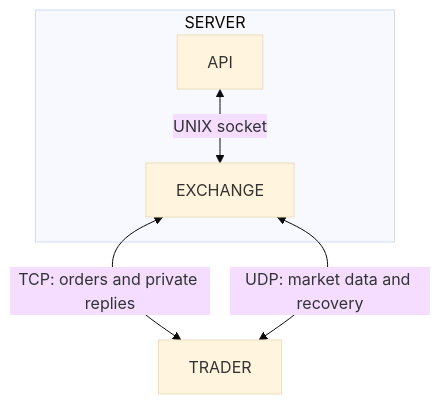
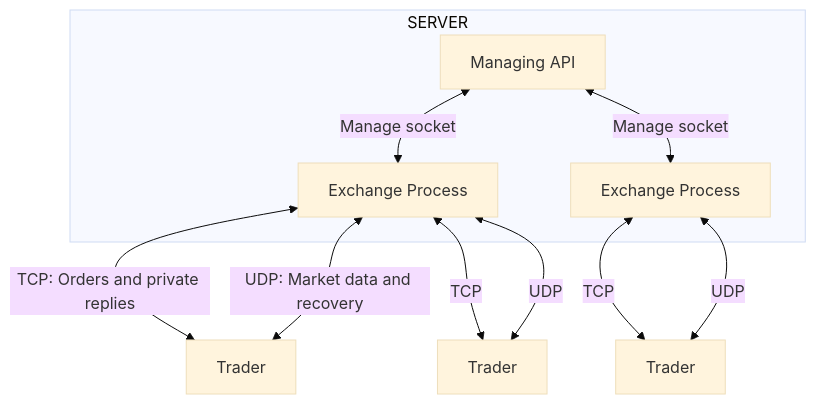
Before and after one commit to JediNakDev/exchange-sim: the diagram in README.md, drawn with Mermaid (base theme). The commit also changed other lines of this file and 1 other file, not shown here.

````diff
--- a/README.md
+++ b/README.md
@@ -5,9 +5,14 @@
 ```mermaid
 flowchart TD
   subgraph SERVER
-    API <-->|"UNIX socket"| EXCHANGE
+    API[Managing API] <-->|"Manage socket"| EX1[Exchange Process]
+    API <-->|"Manage socket"| EX2[Exchange Process]
   end
 
-  EXCHANGE <-->|"TCP: orders and private replies"| TRADER
-  EXCHANGE <-->|"UDP: market data and recovery"| TRADER
+  EX1 <-->|"TCP: Orders and private replies"| TD1[Trader]
+  EX1 <-->|"UDP: Market data and recovery"| TD1[Trader]
+  EX1 <-->|"TCP"| TD2[Trader]
+  EX1 <-->|"UDP"| TD2[Trader]
+  EX2 <-->|"TCP"| TD3[Trader]
+  EX2 <-->|"UDP"| TD3[Trader]
 ```
````
